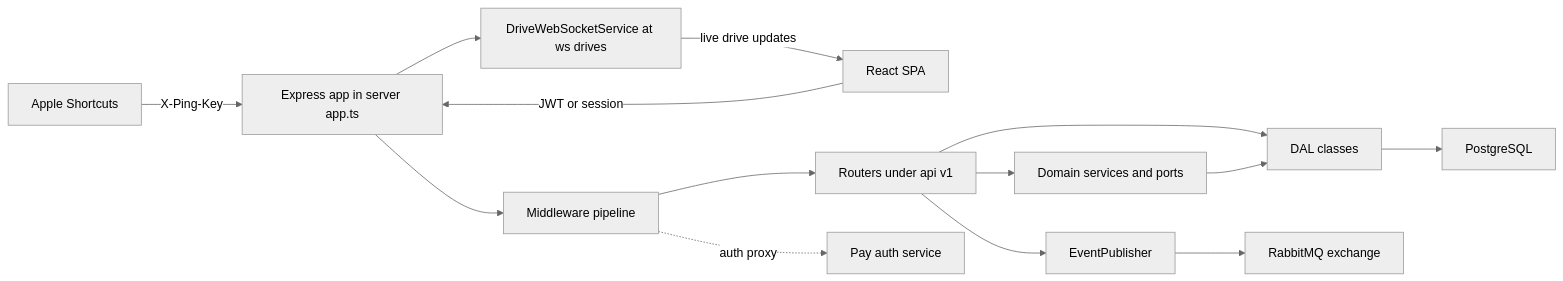
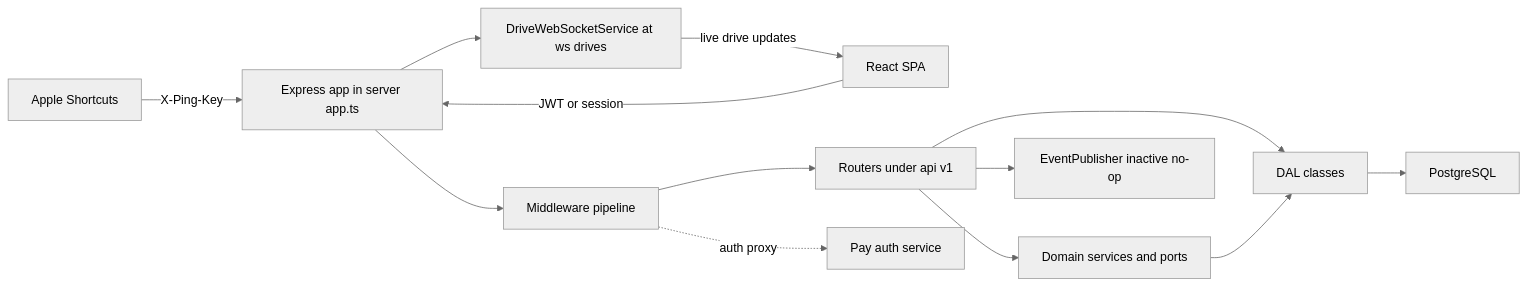
Before and after one commit to Jeffrey-Keyser/project-wiki: the diagram in content/repos/Jeffrey-Keyser-ping/Architecture.md, drawn with Mermaid (neutral theme). The commit also changed other lines of this file and 2 other files, not shown here.

Commit message:
wiki: refresh batch documentation

````diff
--- a/content/repos/Jeffrey-Keyser-ping/Architecture.md
+++ b/content/repos/Jeffrey-Keyser-ping/Architecture.md
@@ -10,28 +10,26 @@
 ```mermaid
 flowchart LR
   ios["Apple Shortcuts"]
   spa["React SPA"]
   api["Express app in server app.ts"]
   mw["Middleware pipeline"]
   v1["Routers under api v1"]
   dom["Domain services and ports"]
   dal["DAL classes"]
   pg["PostgreSQL"]
-  pub["EventPublisher"]
-  mq["RabbitMQ exchange"]
+  pub["EventPublisher inactive no-op"]
   ws["DriveWebSocketService at ws drives"]
   pay["Pay auth service"]
   ios -->|"X-Ping-Key"| api
   spa -->|"JWT or session"| api
   api --> mw
   mw --> v1
   v1 --> dom
   v1 --> dal
   dom --> dal
   dal --> pg
   v1 --> pub
-  pub --> mq
   api --> ws
   ws -->|"live drive updates"| spa
   mw -.->|"auth proxy"| pay
 ```
````
